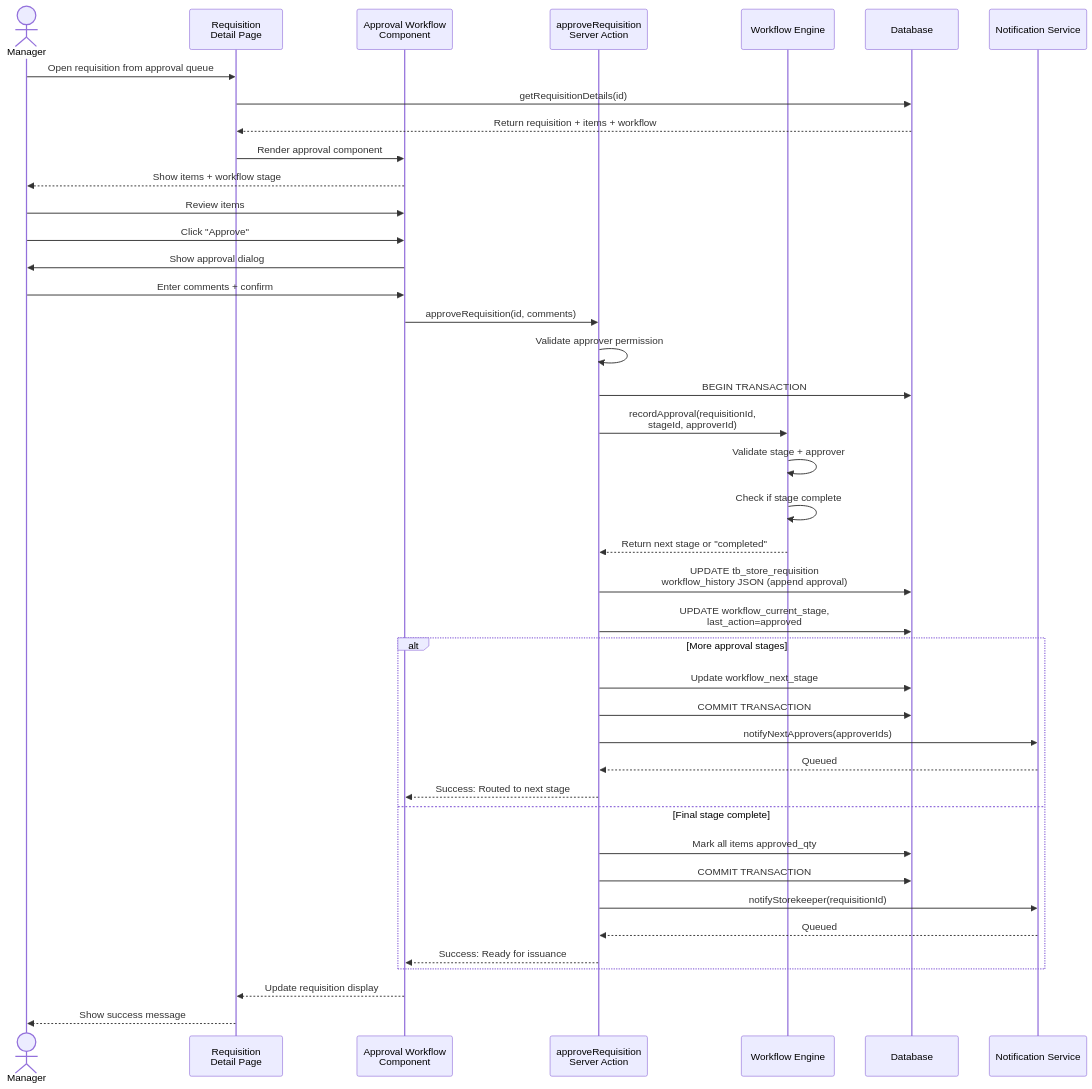
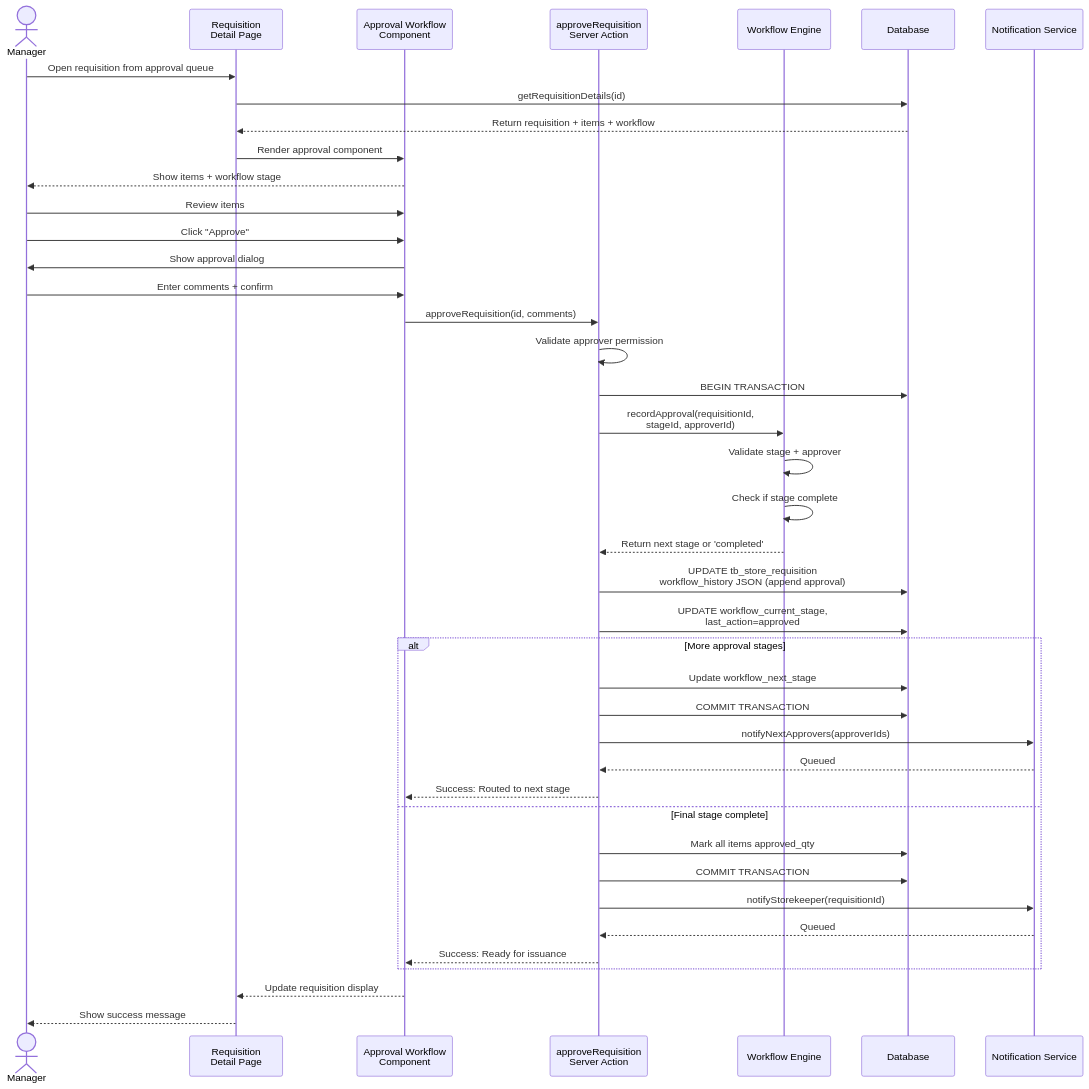
The ninth of 15 diagrams in docs/app/store-operations/store-requisitions/FD-store-requisitions.md (PeakMNA/carmen), drawn with Mermaid before and after one commit. The commit also changed other lines of this file and 458 other files, not shown here.

````diff
--- a/docs/app/store-operations/store-requisitions/FD-store-requisitions.md
+++ b/docs/app/store-operations/store-requisitions/FD-store-requisitions.md
@@ -723,52 +758,52 @@
 ```mermaid
 sequenceDiagram
     actor Manager
-    participant UI as Requisition<br/>Detail Page
-    participant ApprovalComp as Approval Workflow<br/>Component
-    participant ServerAction as approveRequisition<br/>Server Action
+    participant UI as Requisition<br>Detail Page
+    participant ApprovalComp as Approval Workflow<br>Component
+    participant ServerAction as approveRequisition<br>Server Action
     participant WorkflowSvc as Workflow Engine
     participant DB as Database
     participant NotifSvc as Notification Service
 
     Manager->>UI: Open requisition from approval queue
     UI->>DB: getRequisitionDetails(id)
     DB-->>UI: Return requisition + items + workflow
     UI->>ApprovalComp: Render approval component
     ApprovalComp-->>Manager: Show items + workflow stage
 
     Manager->>ApprovalComp: Review items
     Manager->>ApprovalComp: Click "Approve"
     ApprovalComp->>Manager: Show approval dialog
     Manager->>ApprovalComp: Enter comments + confirm
 
     ApprovalComp->>ServerAction: approveRequisition(id, comments)
 
     ServerAction->>ServerAction: Validate approver permission
     ServerAction->>DB: BEGIN TRANSACTION
 
-    ServerAction->>WorkflowSvc: recordApproval(requisitionId,<br/>stageId, approverId)
+    ServerAction->>WorkflowSvc: recordApproval(requisitionId,<br>stageId, approverId)
     WorkflowSvc->>WorkflowSvc: Validate stage + approver
     WorkflowSvc->>WorkflowSvc: Check if stage complete
-    WorkflowSvc-->>ServerAction: Return next stage or "completed"
+    WorkflowSvc-->>ServerAction: Return next stage or 'completed'
 
-    ServerAction->>DB: UPDATE tb_store_requisition<br/>workflow_history JSON (append approval)
-    ServerAction->>DB: UPDATE workflow_current_stage,<br/>last_action=approved
+    ServerAction->>DB: UPDATE tb_store_requisition<br>workflow_history JSON (append approval)
+    ServerAction->>DB: UPDATE workflow_current_stage,<br>last_action=approved
 
     alt More approval stages
         ServerAction->>DB: Update workflow_next_stage
         ServerAction->>DB: COMMIT TRANSACTION
         ServerAction->>NotifSvc: notifyNextApprovers(approverIds)
         NotifSvc-->>ServerAction: Queued
         ServerAction-->>ApprovalComp: Success: Routed to next stage
     else Final stage complete
         ServerAction->>DB: Mark all items approved_qty
         ServerAction->>DB: COMMIT TRANSACTION
         ServerAction->>NotifSvc: notifyStorekeeper(requisitionId)
         NotifSvc-->>ServerAction: Queued
         ServerAction-->>ApprovalComp: Success: Ready for issuance
     end
 
     ApprovalComp-->>UI: Update requisition display
     UI-->>Manager: Show success message
 
 ```
````
